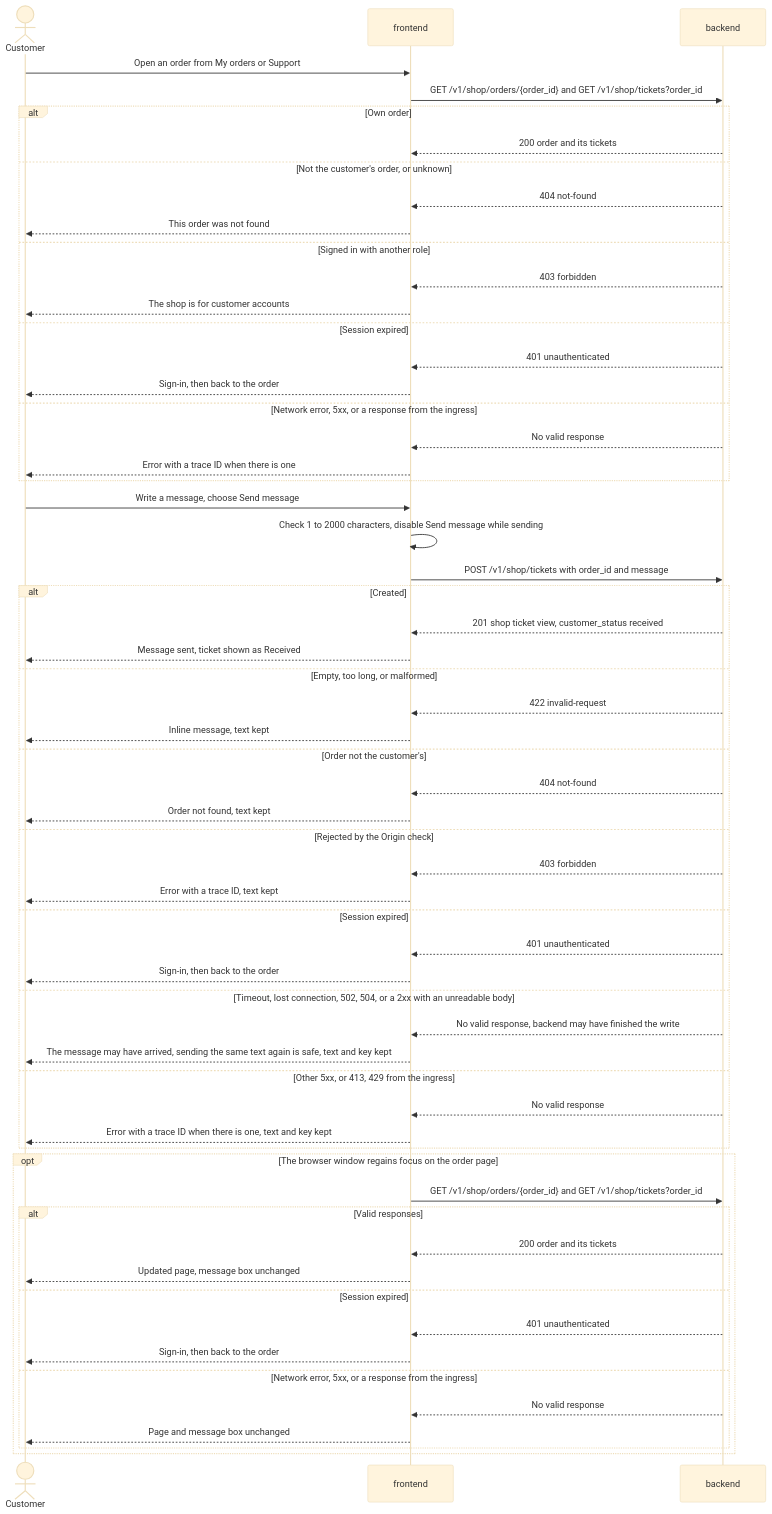
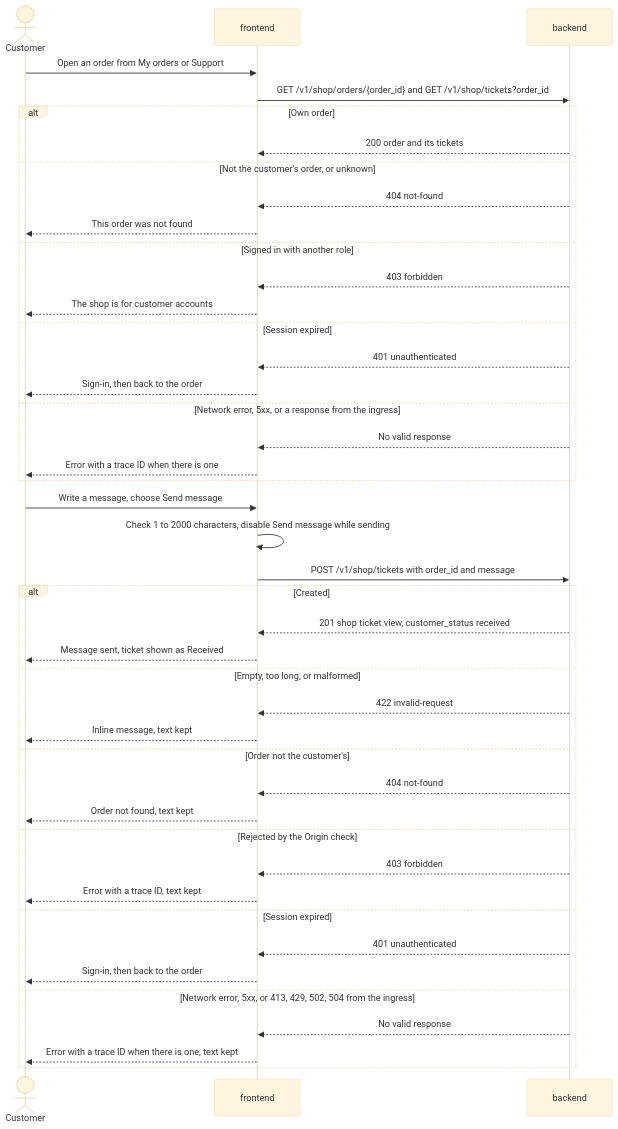
One commit to ml-system-design-nhom-5/SupportIQ changed the diagram in docs/design/shop-ui.md. Above: the diagram before and after it, drawn with Mermaid (base theme). The commit also changed other lines of this file and 1898 other files, not shown here.

````diff
--- a/docs/design/shop-ui.md
+++ b/docs/design/shop-ui.md
@@ -97,61 +92,45 @@
 ```mermaid
 sequenceDiagram
     actor Customer
     participant FE as frontend
     participant BE as backend
     Customer->>FE: Open an order from My orders or Support
     FE->>BE: GET /v1/shop/orders/{order_id} and GET /v1/shop/tickets?order_id
     alt Own order
         BE-->>FE: 200 order and its tickets
     else Not the customer's order, or unknown
         BE-->>FE: 404 not-found
         FE-->>Customer: This order was not found
     else Signed in with another role
         BE-->>FE: 403 forbidden
         FE-->>Customer: The shop is for customer accounts
     else Session expired
         BE-->>FE: 401 unauthenticated
         FE-->>Customer: Sign-in, then back to the order
     else Network error, 5xx, or a response from the ingress
         BE-->>FE: No valid response
         FE-->>Customer: Error with a trace ID when there is one
     end
     Customer->>FE: Write a message, choose Send message
     FE->>FE: Check 1 to 2000 characters, disable Send message while sending
     FE->>BE: POST /v1/shop/tickets with order_id and message
     alt Created
         BE-->>FE: 201 shop ticket view, customer_status received
         FE-->>Customer: Message sent, ticket shown as Received
     else Empty, too long, or malformed
         BE-->>FE: 422 invalid-request
         FE-->>Customer: Inline message, text kept
     else Order not the customer's
         BE-->>FE: 404 not-found
         FE-->>Customer: Order not found, text kept
     else Rejected by the Origin check
         BE-->>FE: 403 forbidden
         FE-->>Customer: Error with a trace ID, text kept
     else Session expired
         BE-->>FE: 401 unauthenticated
         FE-->>Customer: Sign-in, then back to the order
-    else Timeout, lost connection, 502, 504, or a 2xx with an unreadable body
-        BE-->>FE: No valid response, backend may have finished the write
-        FE-->>Customer: The message may have arrived, sending the same text again is safe, text and key kept
-    else Other 5xx, or 413, 429 from the ingress
+    else Network error, 5xx, or 413, 429, 502, 504 from the ingress
         BE-->>FE: No valid response
-        FE-->>Customer: Error with a trace ID when there is one, text and key kept
-    end
-    opt The browser window regains focus on the order page
-        FE->>BE: GET /v1/shop/orders/{order_id} and GET /v1/shop/tickets?order_id
-        alt Valid responses
-            BE-->>FE: 200 order and its tickets
-            FE-->>Customer: Updated page, message box unchanged
-        else Session expired
-            BE-->>FE: 401 unauthenticated
-            FE-->>Customer: Sign-in, then back to the order
-        else Network error, 5xx, or a response from the ingress
-            BE-->>FE: No valid response
-            FE-->>Customer: Page and message box unchanged
-        end
+        FE-->>Customer: Error with a trace ID when there is one, text kept
     end
 ```
````
